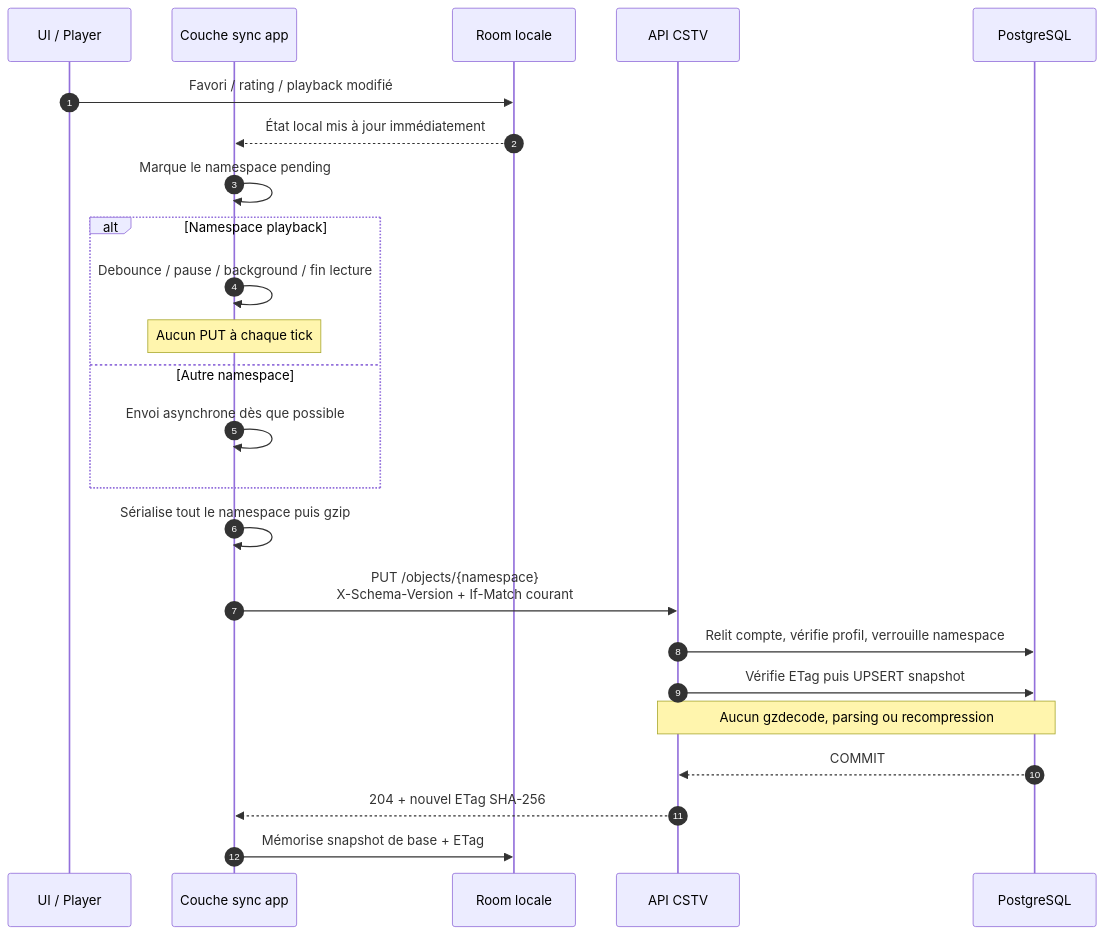
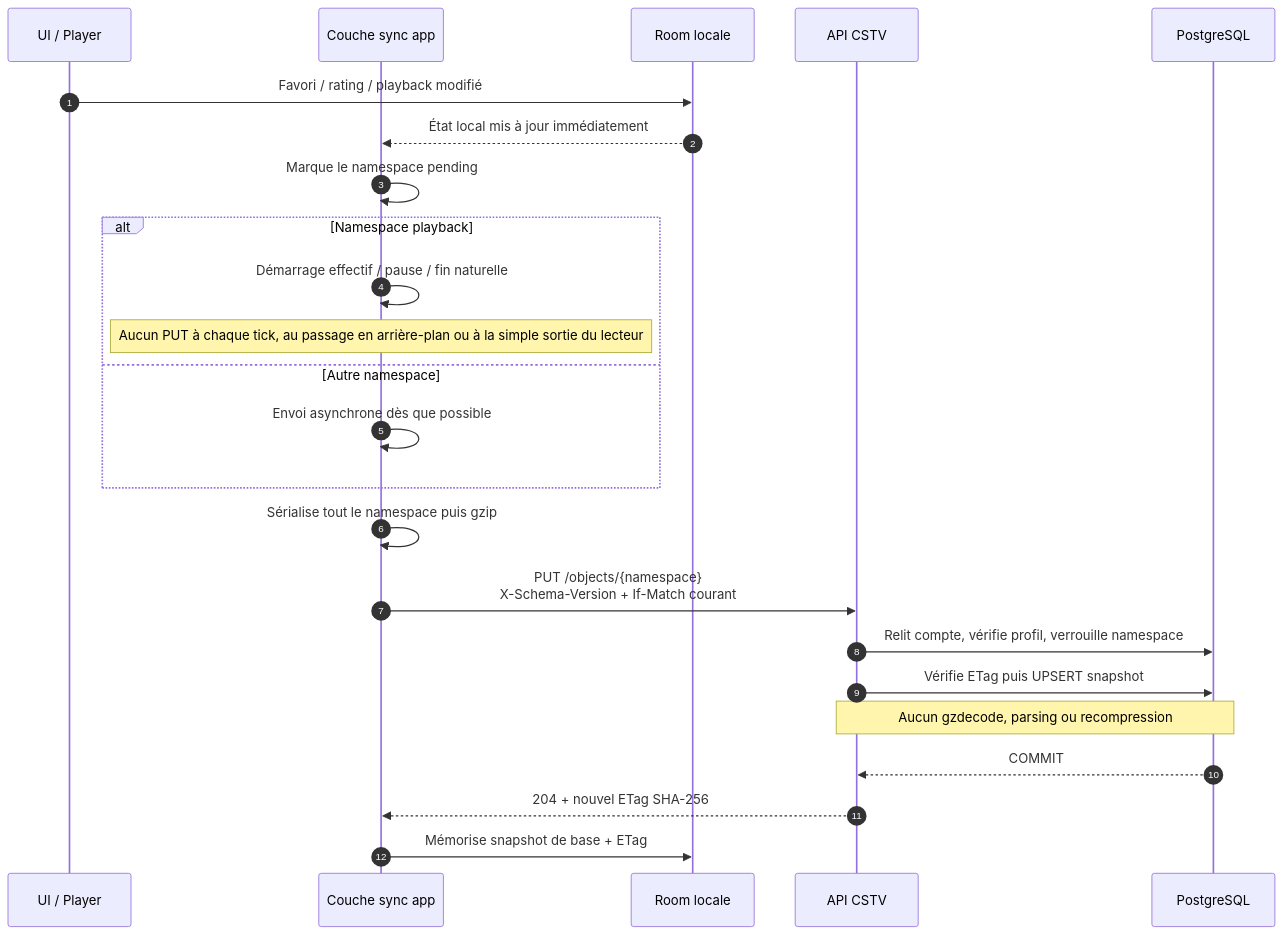
One commit to scilone/cstv changed the second of 5 diagrams in docs/api/app-api-sequence.md. Above: the diagram before and after it, drawn with Mermaid. The commit also changed other lines of this file and 1 other file, not shown here.

Commit message:
docs: clarify initial playback sync triggers

````diff
--- a/docs/api/app-api-sequence.md
+++ b/docs/api/app-api-sequence.md
@@ -51,27 +51,27 @@
 ```mermaid
 sequenceDiagram
     autonumber
     participant UI as UI / Player
     participant App as Couche sync app
     participant Room as Room locale
     participant API as API CSTV
     participant DB as PostgreSQL
 
     UI->>Room: Favori / rating / playback modifié
     Room-->>App: État local mis à jour immédiatement
     App->>App: Marque le namespace pending
     alt Namespace playback
-        App->>App: Debounce / pause / background / fin lecture
-        Note over App: Aucun PUT à chaque tick
+        App->>App: Démarrage effectif / pause / fin naturelle
+        Note over App: Aucun PUT à chaque tick, au passage en arrière-plan ou à la simple sortie du lecteur
     else Autre namespace
         App->>App: Envoi asynchrone dès que possible
     end
     App->>App: Sérialise tout le namespace puis gzip
     App->>API: PUT /objects/{namespace}<br/>X-Schema-Version + If-Match courant
     API->>DB: Relit compte, vérifie profil, verrouille namespace
     API->>DB: Vérifie ETag puis UPSERT snapshot
     Note over API,DB: Aucun gzdecode, parsing ou recompression
     DB-->>API: COMMIT
     API-->>App: 204 + nouvel ETag SHA-256
     App->>Room: Mémorise snapshot de base + ETag
 ```
````
